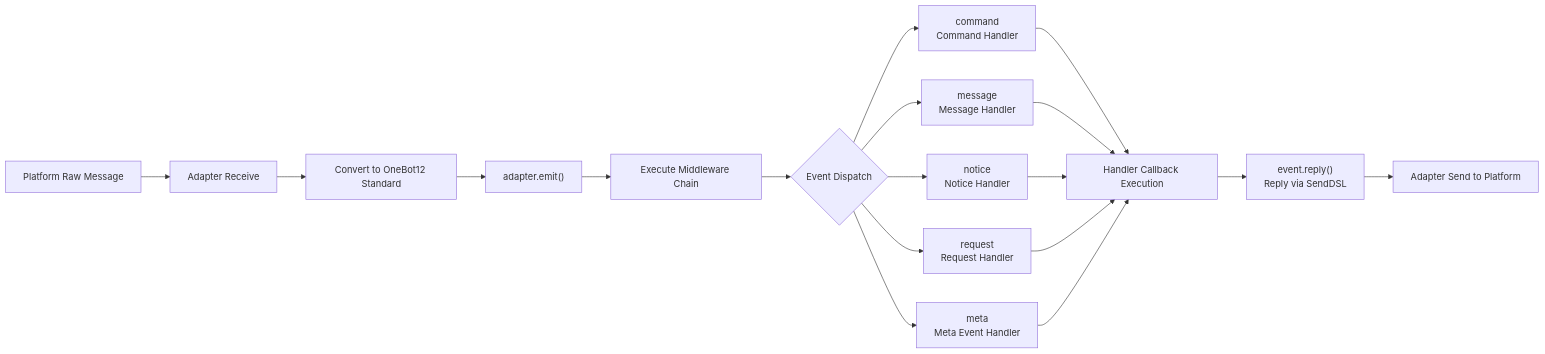
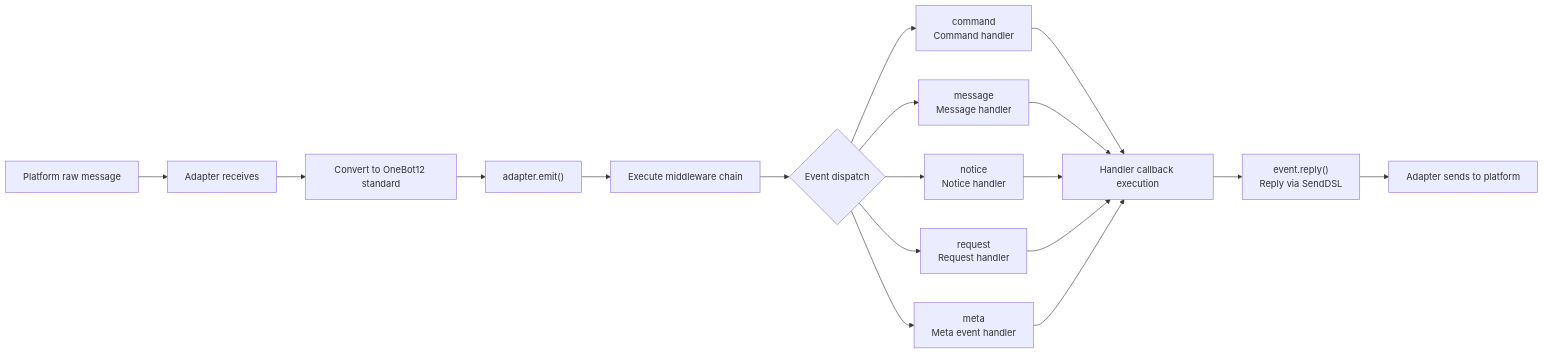
The third of 7 diagrams in docs/en/ai-support/prompts/ErisPulse-ModuleDev.md (ErisPulse/ErisPulse), drawn with Mermaid before and after one commit. The commit also changed other lines of this file and 251 other files, not shown here.

````diff
--- a/docs/en/ai-support/prompts/ErisPulse-ModuleDev.md
+++ b/docs/en/ai-support/prompts/ErisPulse-ModuleDev.md
@@ -137,16 +141,16 @@
 ```mermaid
 flowchart LR
-    A["Platform Raw Message"] --> B["Adapter Receive"]
-    B --> C["Convert to OneBot12 Standard"]
+    A["Platform raw message"] --> B["Adapter receives"]
+    B --> C["Convert to OneBot12 standard"]
     C --> D["adapter.emit()"]
-    D --> E["Execute Middleware Chain"]
-    E --> F{"Event Dispatch"}
-    F --> G1["command<br/>Command Handler"]
-    F --> G2["message<br/>Message Handler"]
-    F --> G3["notice<br/>Notice Handler"]
-    F --> G4["request<br/>Request Handler"]
-    F --> G5["meta<br/>Meta Event Handler"]
-    G1 & G2 & G3 & G4 & G5 --> H["Handler Callback Execution"]
+    D --> E["Execute middleware chain"]
+    E --> F{"Event dispatch"}
+    F --> G1["command<br/>Command handler"]
+    F --> G2["message<br/>Message handler"]
+    F --> G3["notice<br/>Notice handler"]
+    F --> G4["request<br/>Request handler"]
+    F --> G5["meta<br/>Meta event handler"]
+    G1 & G2 & G3 & G4 & G5 --> H["Handler callback execution"]
     H --> I["event.reply()<br/>Reply via SendDSL"]
-    I --> J["Adapter Send to Platform"]
+    I --> J["Adapter sends to platform"]
 ```
````
